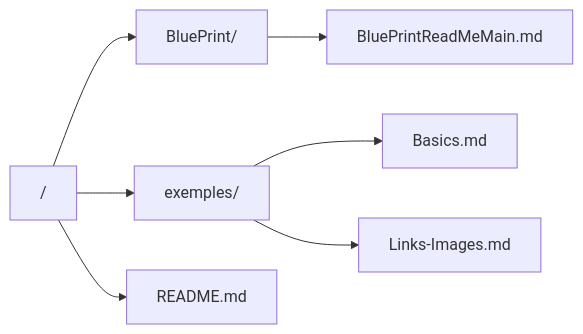
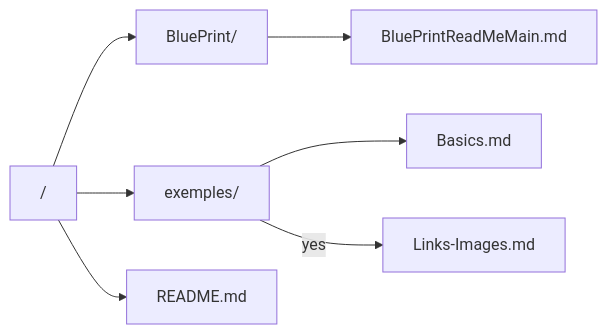
The first of 2 diagrams in README.md (Lzozoflo/Markdown), drawn with Mermaid before and after one commit. The commit also changed 3 other files, not shown here.

````diff
--- a/README.md
+++ b/README.md
@@ -44,22 +44,22 @@
 ```mermaid
 flowchart LR
     root["/"]
 
     root --> BluePrint["BluePrint/"]
         BluePrint -->BluePrintReadMeMain["BluePrintReadMeMain.md"]
 
     root --> exemples["exemples/"]
         exemples --> basics["Basics.md"]
-        exemples --> links["Links-Images.md"]
+        exemples --yes--> links["Links-Images.md"]
         
     root --> readme["README.md"]
 
     click BluePrint "https://github.com/Lzozoflo/Markdown/blob/main/BluePrint" "Open BluePrint"
     click BluePrintReadMeMain "https://github.com/Lzozoflo/Markdown/blob/main/Blueprint/BluePrintReadMeMain.md" "Open BluePrintReadMeMain"
 
     click exemples "https://github.com/Lzozoflo/Markdown/blob/main/exemples" "Open exemples"
     click basics "https://github.com/Lzozoflo/Markdown/blob/main/exemples/Basics.md" "Open Basics"
     click links "https://github.com/Lzozoflo/Markdown/blob/main/exemples/Links-Images.md" "Open links-images"
    
     click readme "https://github.com/Lzozoflo/Markdown/blob/main/README.md" "Open README"
 ```
````
